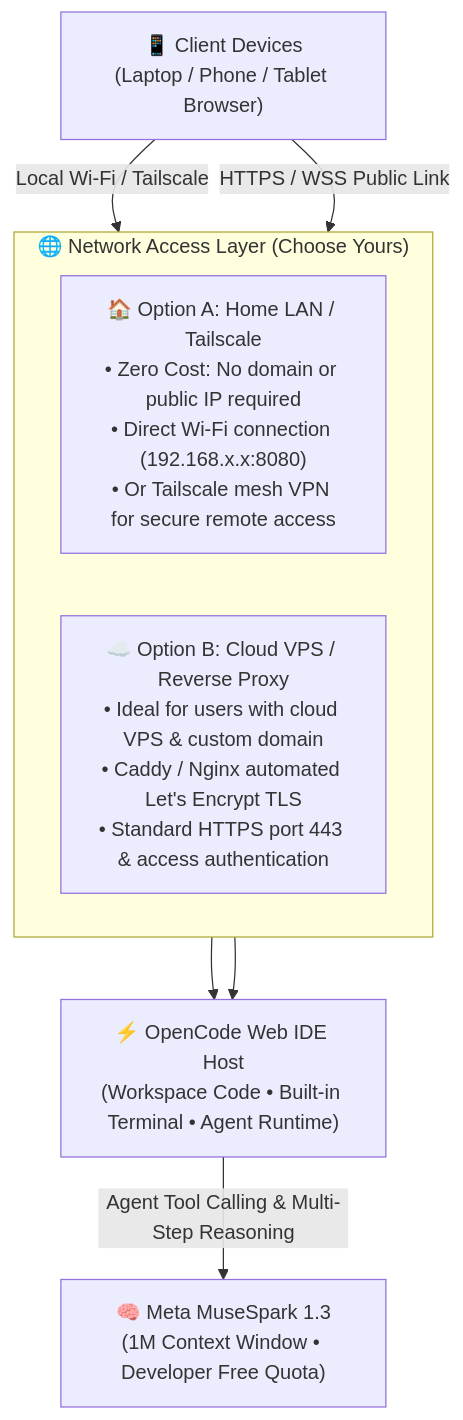
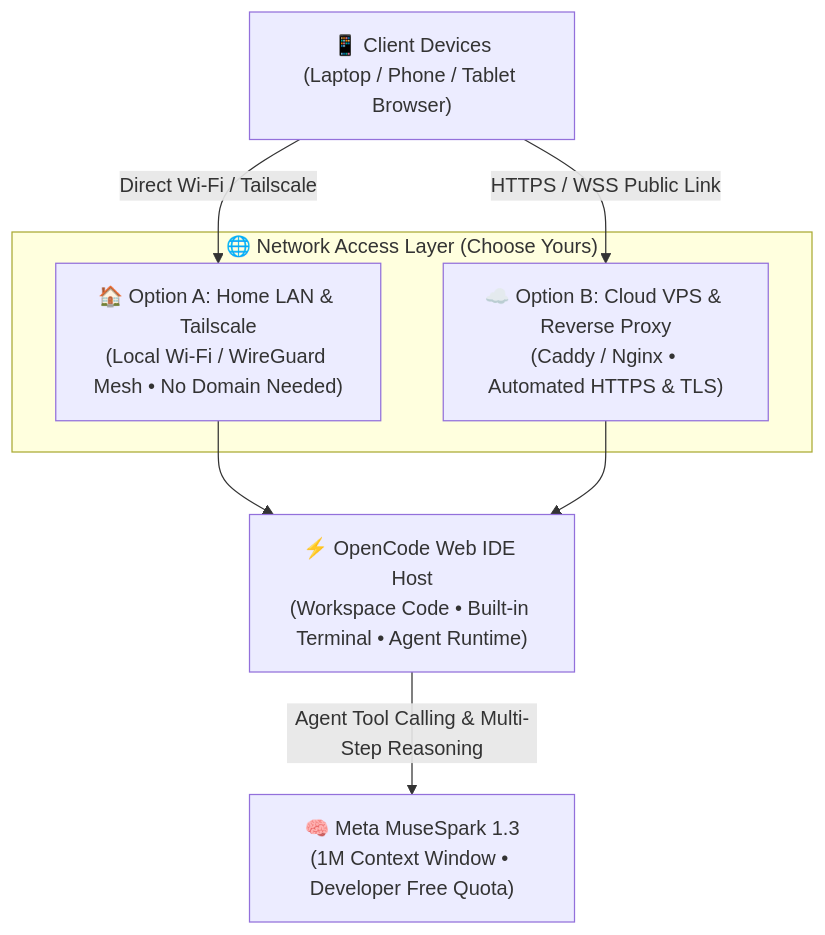
The diagram in src/content/blog/en/setup-opencode-remote-web-ide.md (zjshen14/zjshen14.github.io), drawn with Mermaid before and after one commit. The commit also changed 2 other files, not shown here.

Commit message:
fix: adjust Mermaid cluster padding and refine diagram nodes to prevent box overflow

````diff
--- a/src/content/blog/en/setup-opencode-remote-web-ide.md
+++ b/src/content/blog/en/setup-opencode-remote-web-ide.md
@@ -26,19 +26,18 @@
 ```mermaid
 flowchart TD
     Client["📱 Client Devices<br/>(Laptop / Phone / Tablet Browser)"]
 
     subgraph NetworkAccess ["🌐 Network Access Layer (Choose Yours)"]
-        direction LR
-        LAN["🏠 Option A: Home LAN / Tailscale<br/>• Zero Cost: No domain or public IP required<br/>• Direct Wi-Fi connection (192.168.x.x:8080)<br/>• Or Tailscale mesh VPN for secure remote access"]
-        Proxy["☁️ Option B: Cloud VPS / Reverse Proxy<br/>• Ideal for users with cloud VPS & custom domain<br/>• Caddy / Nginx automated Let's Encrypt TLS<br/>• Standard HTTPS port 443 & access authentication"]
+        LAN["🏠 Option A: Home LAN & Tailscale<br/>(Local Wi-Fi / WireGuard Mesh • No Domain Needed)"]
+        Proxy["☁️ Option B: Cloud VPS & Reverse Proxy<br/>(Caddy / Nginx • Automated HTTPS & TLS)"]
     end
 
     OpenCode["⚡ OpenCode Web IDE Host<br/>(Workspace Code • Built-in Terminal • Agent Runtime)"]
     LLM["🧠 Meta MuseSpark 1.3<br/>(1M Context Window • Developer Free Quota)"]
 
-    Client -->|"Local Wi-Fi / Tailscale"| LAN
+    Client -->|"Direct Wi-Fi / Tailscale"| LAN
     Client -->|"HTTPS / WSS Public Link"| Proxy
     LAN --> OpenCode
     Proxy --> OpenCode
     OpenCode -->|"Agent Tool Calling & Multi-Step Reasoning"| LLM
 ```
````
